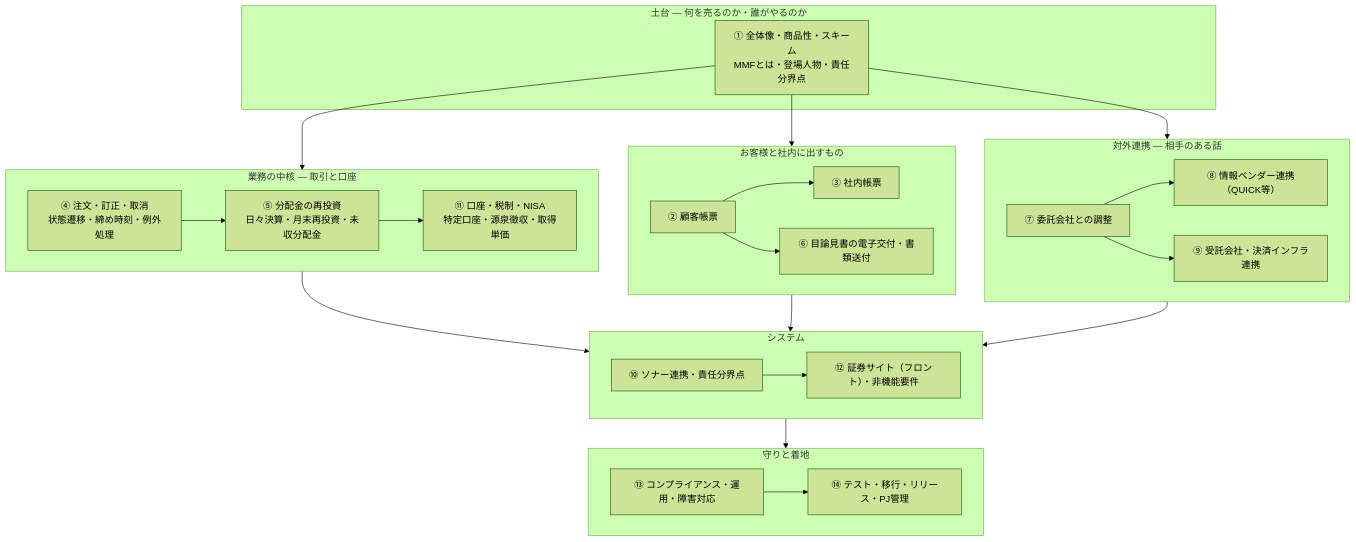
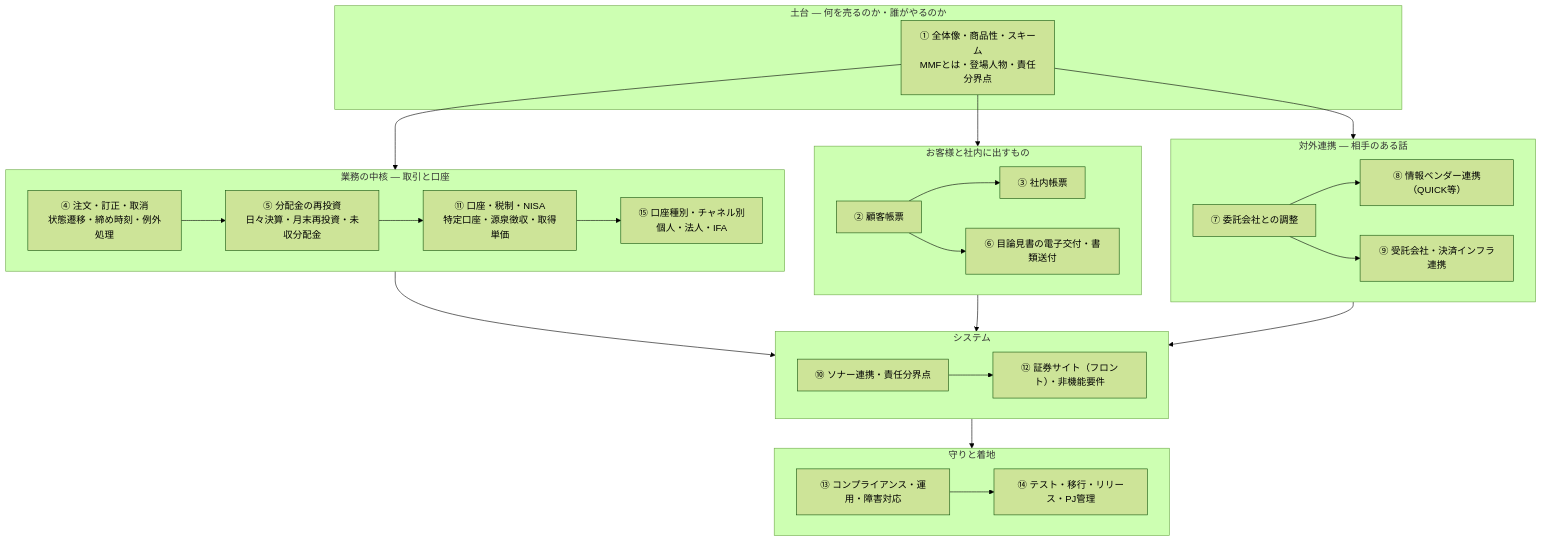
One commit to tomoyuki0512-hub/test-repository changed the diagram in docs/mmf-launch/README.md. Above: the diagram before and after it, drawn with Mermaid (forest theme). The commit also changed other lines of this file and 6 other files, not shown here.

First line of the commit message:
新規MMF要件定義: ⑮ 口座種別・チャネル別の取扱い（個人・法人・IFA）を追加

````diff
--- a/docs/mmf-launch/README.md
+++ b/docs/mmf-launch/README.md
@@ -37,49 +37,50 @@
 ```mermaid
 flowchart TB
     subgraph BASE["土台 — 何を売るのか・誰がやるのか"]
         C1["① 全体像・商品性・スキーム<br/>MMFとは・登場人物・責任分界点"]
     end
 
     subgraph CORE["業務の中核 — 取引と口座"]
         C4["④ 注文・訂正・取消<br/>状態遷移・締め時刻・例外処理"]
         C5["⑤ 分配金の再投資<br/>日々決算・月末再投資・未収分配金"]
         C11["⑪ 口座・税制・NISA<br/>特定口座・源泉徴収・取得単価"]
-        C4 --> C5 --> C11
+        C15["⑮ 口座種別・チャネル別<br/>個人・法人・IFA"]
+        C4 --> C5 --> C11 --> C15
     end
 
     subgraph DOC["お客様と社内に出すもの"]
         C2["② 顧客帳票"]
         C3["③ 社内帳票"]
         C6["⑥ 目論見書の電子交付・書類送付"]
         C2 --> C3
         C2 --> C6
     end
 
     subgraph EXT["対外連携 — 相手のある話"]
         C7["⑦ 委託会社との調整"]
         C8["⑧ 情報ベンダー連携（QUICK等）"]
         C9["⑨ 受託会社・決済インフラ連携"]
         C7 --> C8
         C7 --> C9
     end
 
     subgraph SYS["システム"]
         C10["⑩ ソナー連携・責任分界点"]
         C12["⑫ 証券サイト（フロント）・非機能要件"]
         C10 --> C12
     end
 
     subgraph GOV["守りと着地"]
         C13["⑬ コンプライアンス・運用・障害対応"]
         C14["⑭ テスト・移行・リリース・PJ管理"]
         C13 --> C14
     end
 
     C1 --> CORE
     C1 --> DOC
     C1 --> EXT
     CORE --> SYS
     DOC --> SYS
     EXT --> SYS
     SYS --> GOV
 ```
````
